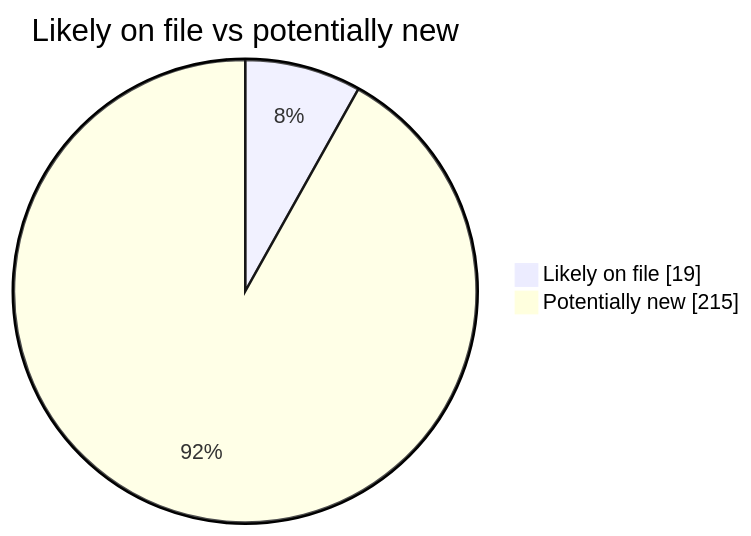
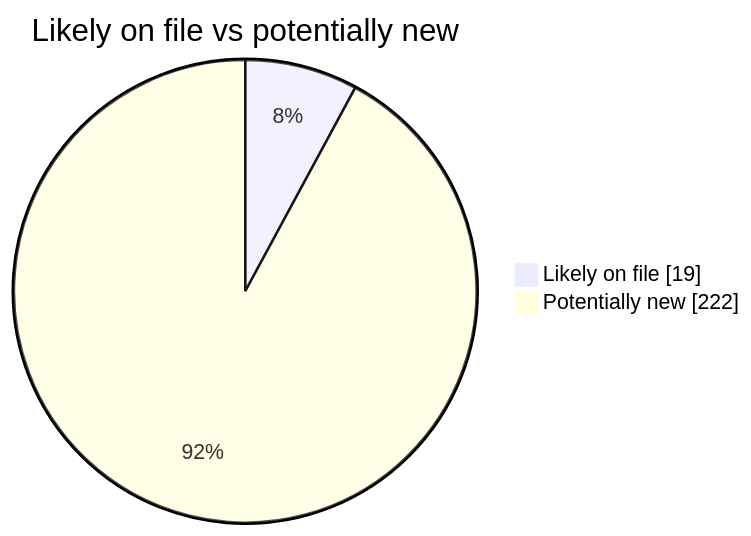
Before and after one commit to martinbalfanz/social-scanner-reports: the second of 4 diagrams in README.md, drawn with Mermaid. The commit also changed other lines of this file and 2 other files, not shown here.

````diff
--- a/README.md
+++ b/README.md
@@ -40,5 +40,5 @@
 ```mermaid
 pie showData title Likely on file vs potentially new
     "Likely on file" : 19
-    "Potentially new" : 215
+    "Potentially new" : 222
 ```
````
